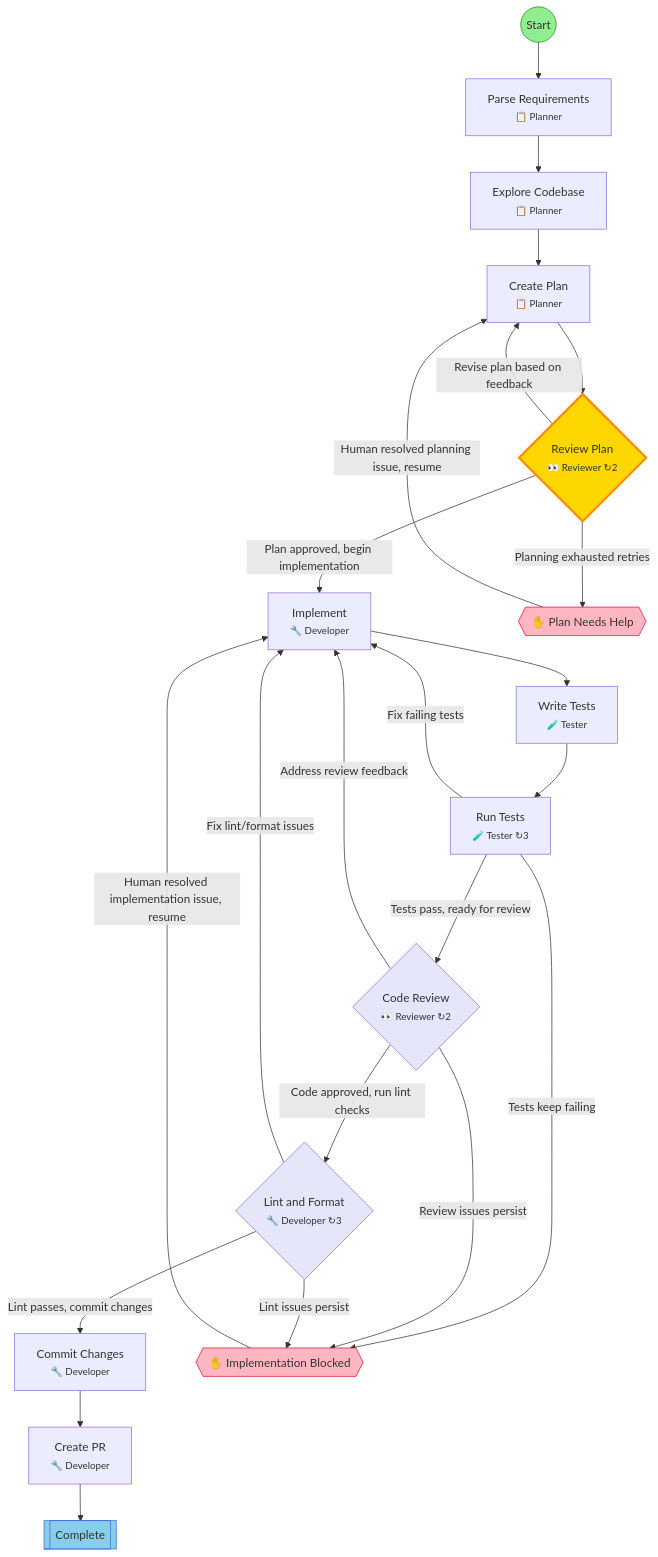
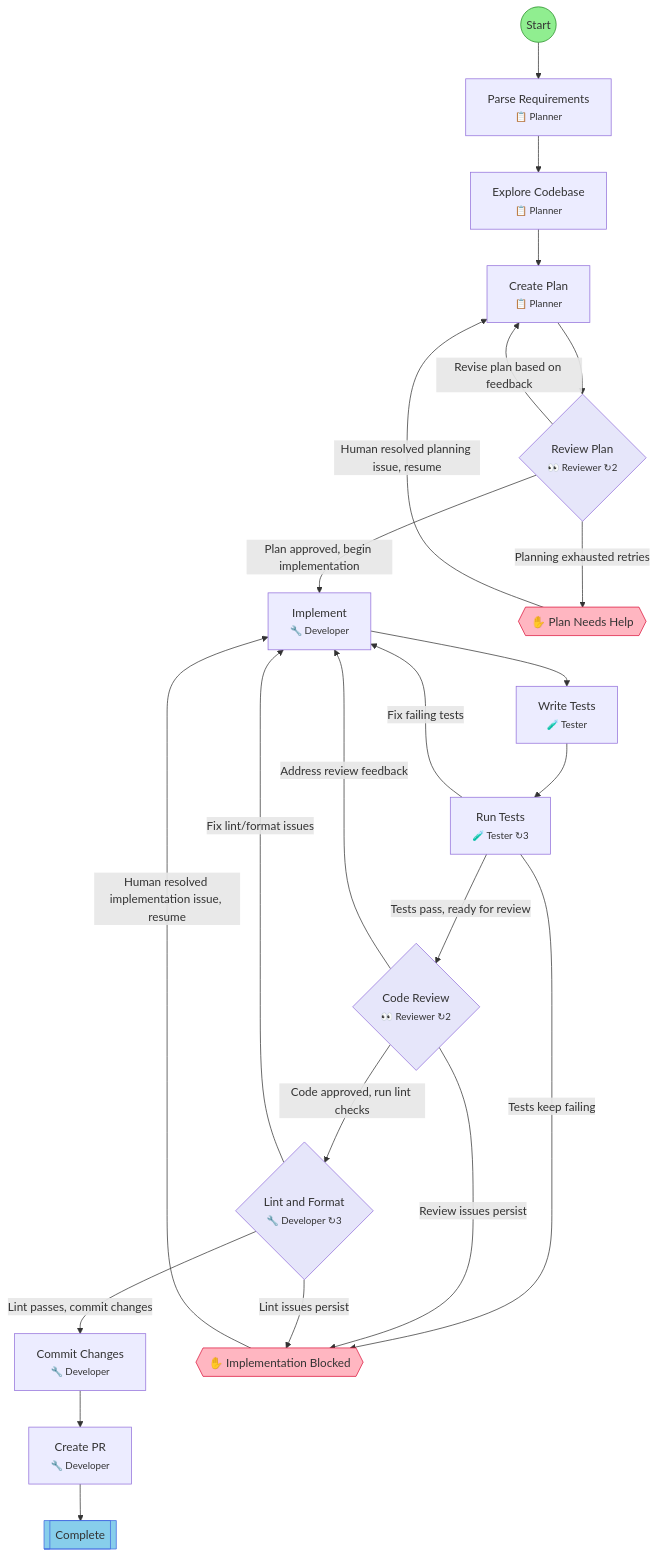
Before and after one commit to leclabs/agent-toolkit: the diagram in .flow/diagrams/feature-development.md, drawn with Mermaid. The commit also changed 70 other files, not shown here.

````diff
--- a/.flow/diagrams/feature-development.md
+++ b/.flow/diagrams/feature-development.md
@@ -7,53 +7,52 @@
 ```mermaid
 flowchart TD
     start(("Start"))
     parse_requirements["Parse Requirements<br/><small>📋 Planner</small>"]
     explore_codebase["Explore Codebase<br/><small>📋 Planner</small>"]
     create_plan["Create Plan<br/><small>📋 Planner</small>"]
     plan_review{"Review Plan<br/><small>👀 Reviewer ↻2</small>"}
     implement["Implement<br/><small>🔧 Developer</small>"]
     write_tests["Write Tests<br/><small>🧪 Tester</small>"]
     run_tests["Run Tests<br/><small>🧪 Tester ↻3</small>"]
     code_review{"Code Review<br/><small>👀 Reviewer ↻2</small>"}
     lint_format{"Lint and Format<br/><small>🔧 Developer ↻3</small>"}
     commit["Commit Changes<br/><small>🔧 Developer</small>"]
     create_pr["Create PR<br/><small>🔧 Developer</small>"]
     end_success[["Complete"]]
     hitl_plan_failed{{"✋ Plan Needs Help"}}
     hitl_impl_failed{{"✋ Implementation Blocked"}}
 
     start --> parse_requirements
     parse_requirements --> explore_codebase
     explore_codebase --> create_plan
     create_plan --> plan_review
     plan_review -->|Revise plan based on feedback| create_plan
     plan_review -->|Planning exhausted retries| hitl_plan_failed
     plan_review -->|Plan approved, begin implementation| implement
     implement --> write_tests
     write_tests --> run_tests
     run_tests -->|Fix failing tests| implement
     run_tests -->|Tests keep failing| hitl_impl_failed
     run_tests -->|Tests pass, ready for review| code_review
     code_review -->|Address review feedback| implement
     code_review -->|Review issues persist| hitl_impl_failed
     code_review -->|Code approved, run lint checks| lint_format
     lint_format -->|Lint passes, commit changes| commit
     lint_format -->|Fix lint/format issues| implement
     lint_format -->|Lint issues persist| hitl_impl_failed
     commit --> create_pr
     create_pr --> end_success
     hitl_plan_failed -->|Human resolved planning issue, resume| create_plan
     hitl_impl_failed -->|Human resolved implementation issue, resume| implement
 
     classDef startStep fill:#90EE90,stroke:#228B22
     classDef successStep fill:#87CEEB,stroke:#4169E1
     classDef hitlStep fill:#FFB6C1,stroke:#DC143C
     classDef gateStep fill:#E6E6FA,stroke:#9370DB
     classDef forkJoinStep fill:#FFEAA7,stroke:#FDCB6E
     classDef currentStep fill:#FFD700,stroke:#FF8C00,stroke-width:3px
     class start startStep
     class end_success successStep
     class hitl_plan_failed,hitl_impl_failed hitlStep
     class plan_review,code_review,lint_format gateStep
-    class plan_review currentStep
 ```
````
